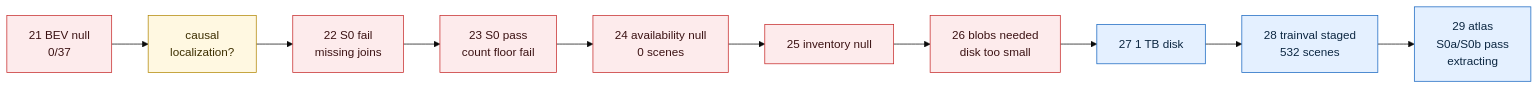
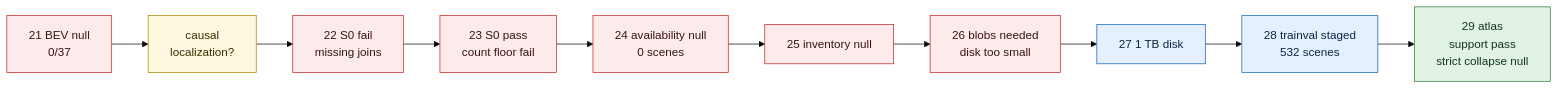
The third of 5 diagrams in README.md (manfromnowhere143/sentinel), drawn with Mermaid (base theme) before and after one commit. The commit also changed other lines of this file and 25 other files, not shown here.

Commit message:
analysis: publish iter29 support atlas result

````diff
--- a/README.md
+++ b/README.md
@@ -125,18 +125,20 @@
 ```mermaid
 flowchart LR
   H21["21 BEV null<br/>0/37"] --> Q["causal<br/>localization?"]
   Q --> F22["22 S0 fail<br/>missing joins"]
   F22 --> S23["23 S0 pass<br/>count floor fail"]
   S23 --> A24["24 availability null<br/>0 scenes"]
   A24 --> I25["25 inventory null"]
   I25 --> R26["26 blobs needed<br/>disk too small"]
   R26 --> D27["27 1 TB disk"]
   D27 --> S28["28 trainval staged<br/>532 scenes"]
-  S28 --> A29["29 atlas<br/>S0a/S0b pass<br/>extracting"]
+  S28 --> A29["29 atlas<br/>support pass<br/>strict collapse null"]
   classDef bad fill:#fdebec,stroke:#c62828,color:#3b1213;
   classDef ask fill:#fff8e1,stroke:#b28704,color:#3d2f00;
   classDef active fill:#e4f0ff,stroke:#1565c0,color:#0c2742;
+  classDef win fill:#e2f3e5,stroke:#2e7d32,color:#13361b;
   class H21,F22,S23,A24,I25,R26 bad;
   class Q ask;
-  class D27,S28,A29 active;
+  class D27,S28 active;
+  class A29 win;
 ```
````
